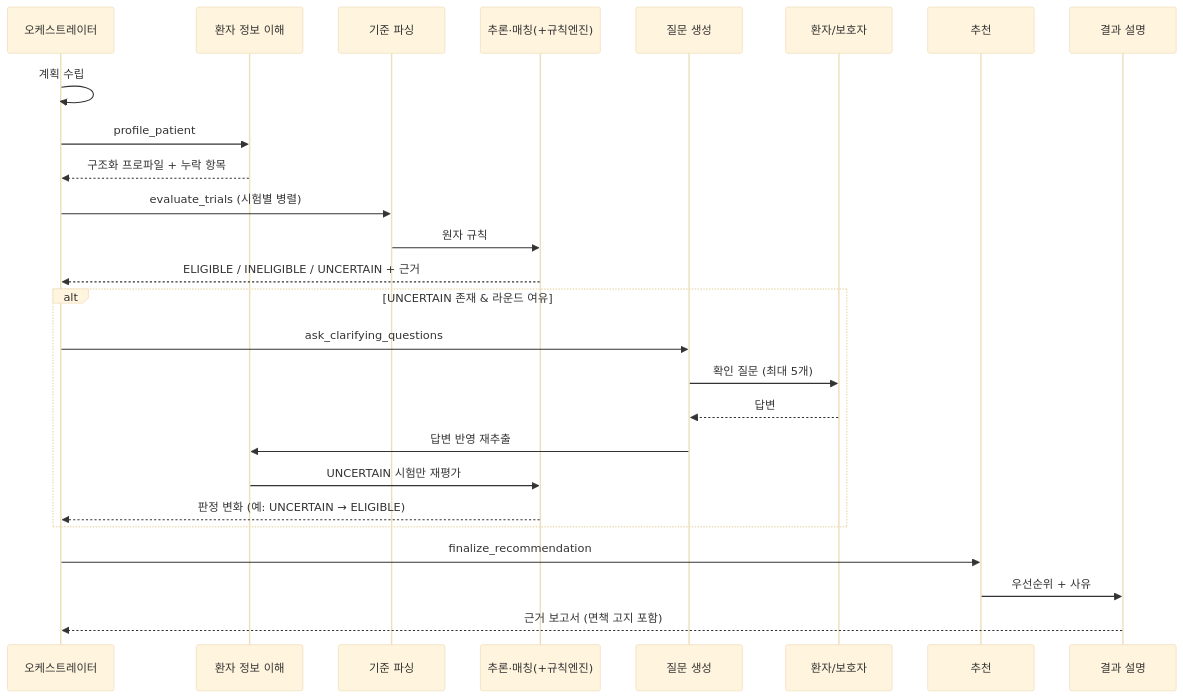
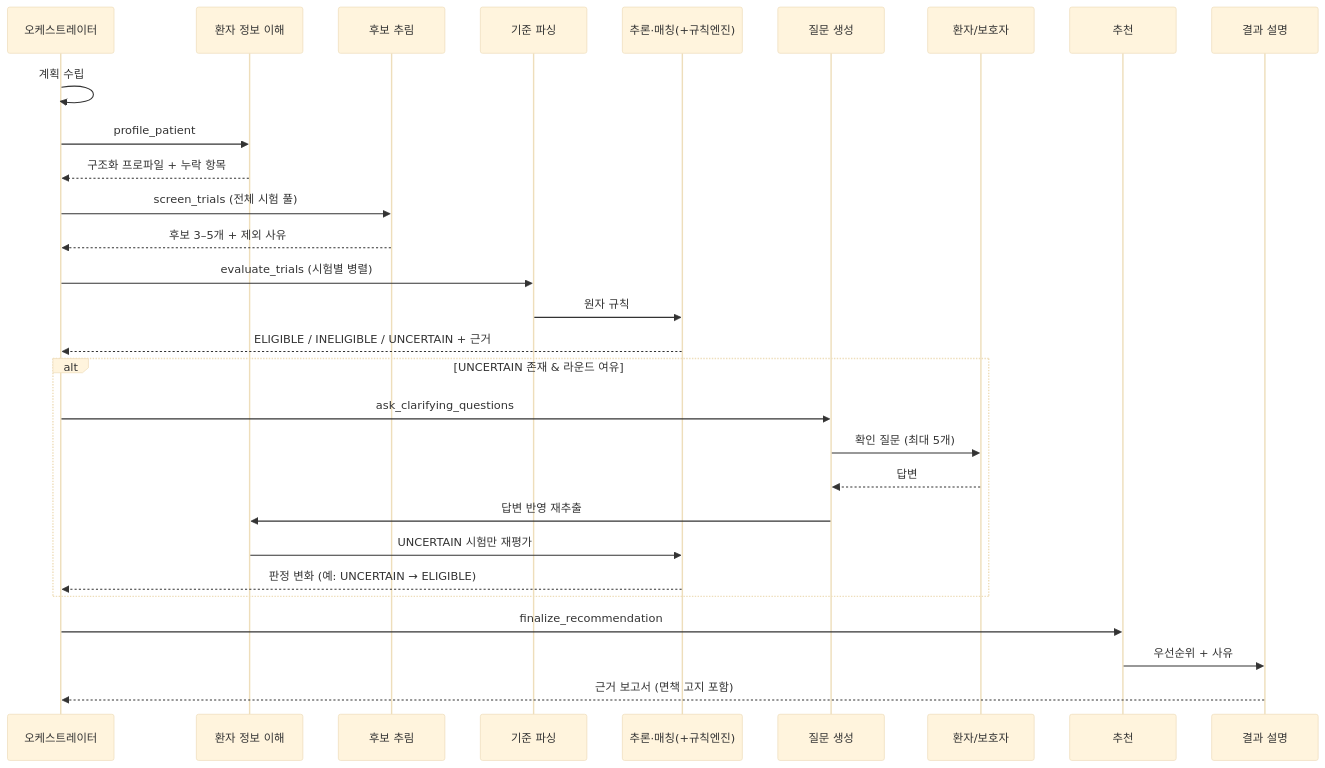
The second of 2 diagrams in README.md (rlaehdrua/clinical-recommendation-multi-agent-ai), drawn with Mermaid (base theme) before and after one commit. The commit also changed other lines of this file and 14 other files, not shown here.

````diff
--- a/README.md
+++ b/README.md
@@ -77,29 +81,32 @@
 ```mermaid
 sequenceDiagram
     participant O as 오케스트레이터
     participant PP as 환자 정보 이해
+    participant S as 후보 추림
     participant CP as 기준 파싱
     participant M as 추론·매칭(+규칙엔진)
     participant Q as 질문 생성
     participant U as 환자/보호자
     participant R as 추천
     participant E as 결과 설명
 
     O->>O: 계획 수립
     O->>PP: profile_patient
     PP-->>O: 구조화 프로파일 + 누락 항목
+    O->>S: screen_trials (전체 시험 풀)
+    S-->>O: 후보 3–5개 + 제외 사유
     O->>CP: evaluate_trials (시험별 병렬)
     CP->>M: 원자 규칙
     M-->>O: ELIGIBLE / INELIGIBLE / UNCERTAIN + 근거
     alt UNCERTAIN 존재 & 라운드 여유
         O->>Q: ask_clarifying_questions
         Q->>U: 확인 질문 (최대 5개)
         U-->>Q: 답변
         Q->>PP: 답변 반영 재추출
         PP->>M: UNCERTAIN 시험만 재평가
         M-->>O: 판정 변화 (예: UNCERTAIN → ELIGIBLE)
     end
     O->>R: finalize_recommendation
     R->>E: 우선순위 + 사유
     E-->>O: 근거 보고서 (면책 고지 포함)
 ```
````
